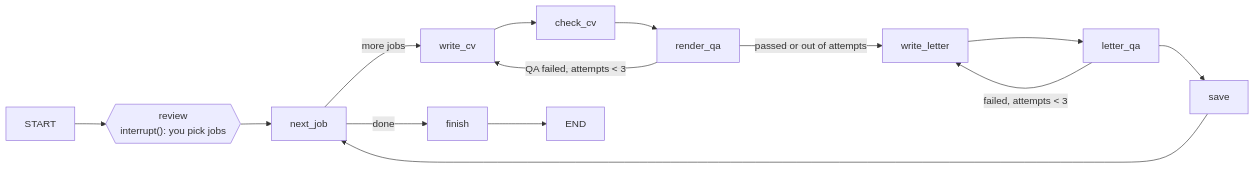
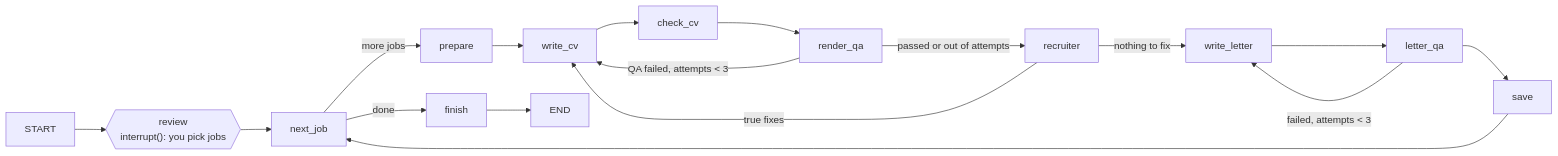
One commit to Anindya-Arnob/job-hunt-agent changed the third of 4 diagrams in docs/ARCHITECTURE.md. Above: the diagram before and after it, drawn with Mermaid. The commit also changed other lines of this file and 36 other files, not shown here.

````diff
--- a/docs/ARCHITECTURE.md
+++ b/docs/ARCHITECTURE.md
@@ -172,11 +176,13 @@
 ```mermaid
 flowchart LR
     START --> review{{"review<br/>interrupt(): you pick jobs"}}
     review --> next_job
-    next_job -- "more jobs" --> write_cv --> check_cv --> render_qa
+    next_job -- "more jobs" --> prepare --> write_cv --> check_cv --> render_qa
     next_job -- "done" --> finish --> END
     render_qa -- "QA failed, attempts < 3" --> write_cv
-    render_qa -- "passed or out of attempts" --> write_letter --> letter_qa
+    render_qa -- "passed or out of attempts" --> recruiter
+    recruiter -- "true fixes" --> write_cv
+    recruiter -- "nothing to fix" --> write_letter --> letter_qa
     letter_qa -- "failed, attempts < 3" --> write_letter
     letter_qa --> save --> next_job
 ```
````
